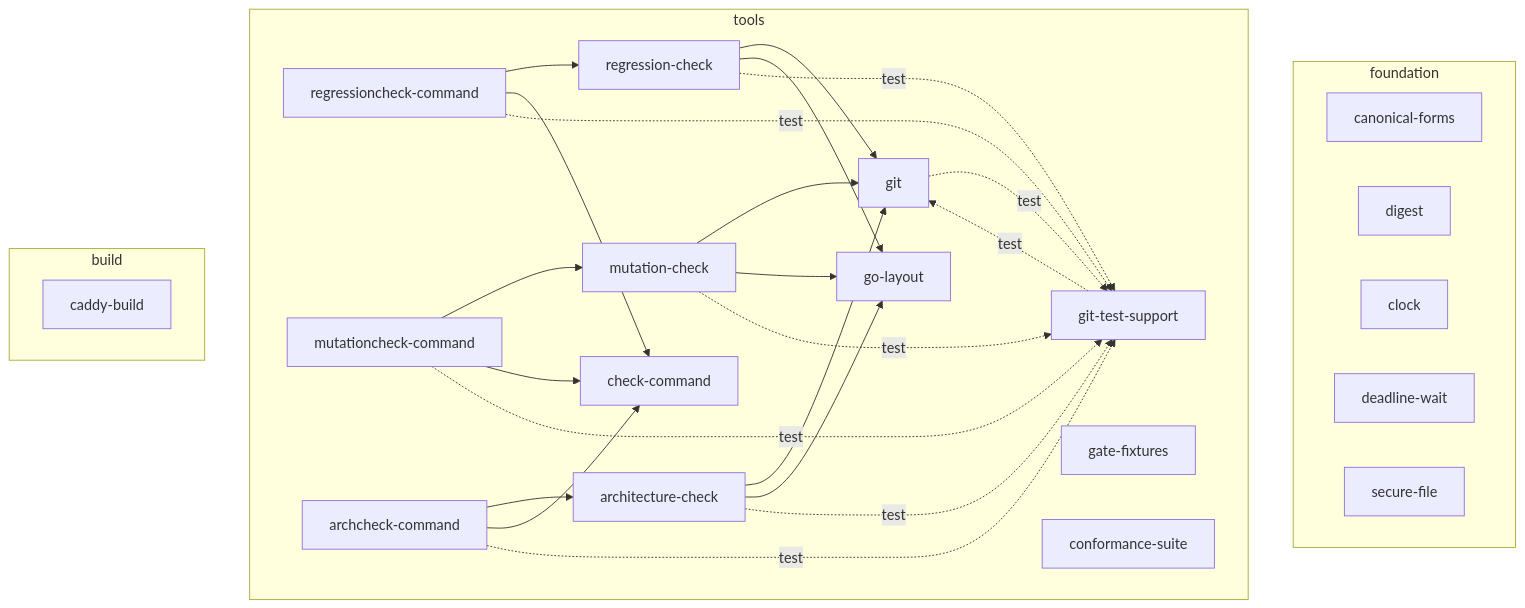
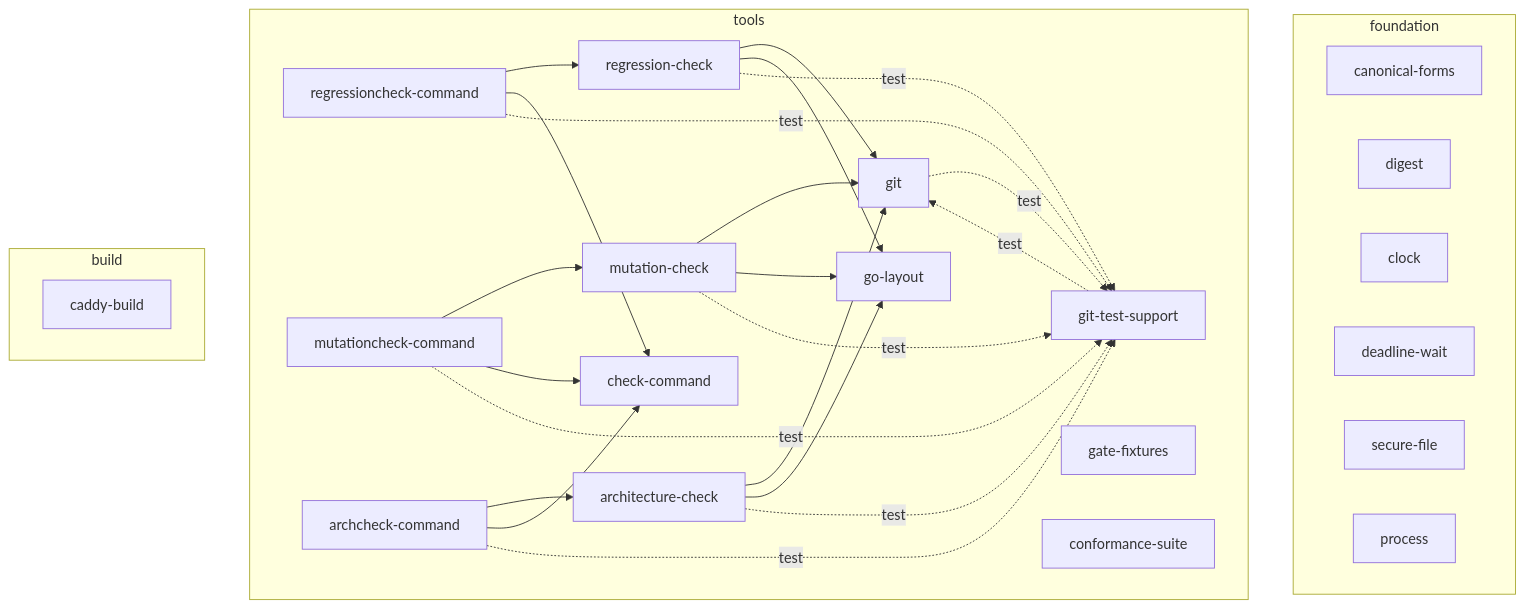
The diagram in docs/architecture/go-architecture.md (OpenRAE/lilrae), drawn with Mermaid before and after one commit. The commit also changed 19 other files, not shown here.

````diff
--- a/docs/architecture/go-architecture.md
+++ b/docs/architecture/go-architecture.md
@@ -17,47 +17,48 @@
 ```mermaid
 flowchart TB
     subgraph layer_foundation[foundation]
         component_canonical_forms[canonical-forms]
         component_digest[digest]
         component_clock[clock]
         component_deadline_wait[deadline-wait]
         component_secure_file[secure-file]
+        component_process[process]
     end
     subgraph layer_tools[tools]
         component_regressioncheck_command[regressioncheck-command]
         component_mutationcheck_command[mutationcheck-command]
         component_archcheck_command[archcheck-command]
         component_regression_check[regression-check]
         component_mutation_check[mutation-check]
         component_architecture_check[architecture-check]
         component_check_command[check-command]
         component_go_layout[go-layout]
         component_git[git]
         component_git_test_support[git-test-support]
         component_gate_fixtures[gate-fixtures]
         component_conformance_suite[conformance-suite]
     end
     subgraph layer_build[build]
         component_caddy_build[caddy-build]
     end
     component_regressioncheck_command --> component_regression_check
     component_regressioncheck_command --> component_check_command
     component_regressioncheck_command -. test .-> component_git_test_support
     component_mutationcheck_command --> component_mutation_check
     component_mutationcheck_command --> component_check_command
     component_mutationcheck_command -. test .-> component_git_test_support
     component_archcheck_command --> component_architecture_check
     component_archcheck_command --> component_check_command
     component_archcheck_command -. test .-> component_git_test_support
     component_regression_check --> component_git
     component_regression_check --> component_go_layout
     component_regression_check -. test .-> component_git_test_support
     component_mutation_check --> component_git
     component_mutation_check --> component_go_layout
     component_mutation_check -. test .-> component_git_test_support
     component_architecture_check --> component_git
     component_architecture_check --> component_go_layout
     component_architecture_check -. test .-> component_git_test_support
     component_git -. test .-> component_git_test_support
     component_git_test_support -. test .-> component_git
 ```
````
